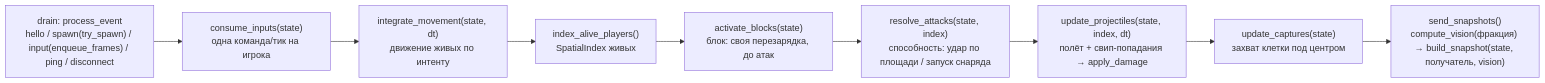
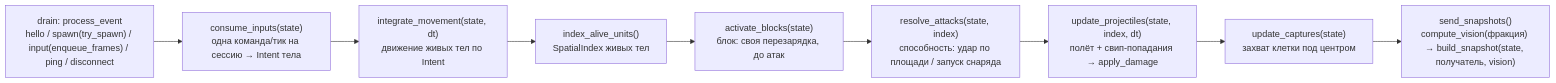
Before and after one commit to litcxx/Game: the fifth of 9 diagrams in server/docs/sequence-diagram.md, drawn with Mermaid. The commit also changed other lines of this file and 2 other files, not shown here.

First line of the commit message:
docs(server): characters, sessions and units in README and diagrams (LTC-23)

````diff
--- a/server/docs/sequence-diagram.md
+++ b/server/docs/sequence-diagram.md
@@ -159,13 +170,13 @@
 ```mermaid
 flowchart LR
     drain["drain: process_event<br/>hello / spawn(try_spawn) / input(enqueue_frames) / ping / disconnect"]
-    consume["consume_inputs(state)<br/>одна команда/тик на игрока"]
-    move["integrate_movement(state, dt)<br/>движение живых по интенту"]
-    index["index_alive_players()<br/>SpatialIndex живых"]
+    consume["consume_inputs(state)<br/>одна команда/тик на сессию → Intent тела"]
+    move["integrate_movement(state, dt)<br/>движение живых тел по Intent"]
+    index["index_alive_units()<br/>SpatialIndex живых тел"]
     blocks["activate_blocks(state)<br/>блок: своя перезарядка, до атак"]
     combat["resolve_attacks(state, index)<br/>способность: удар по площади / запуск снаряда"]
     proj["update_projectiles(state, index, dt)<br/>полёт + свип-попадания → apply_damage"]
     cap["update_captures(state)<br/>захват клетки под центром"]
     snap["send_snapshots()<br/>compute_vision(фракция) → build_snapshot(state, получатель, vision)"]
     drain --> consume --> move --> index --> blocks --> combat --> proj --> cap --> snap
 ```
````
